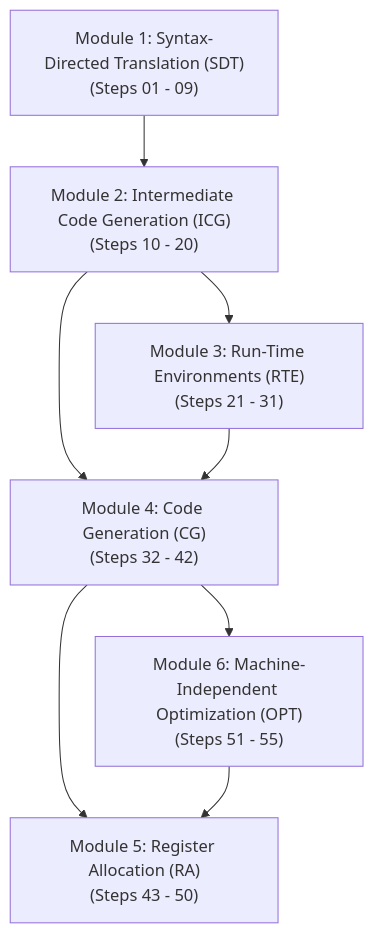
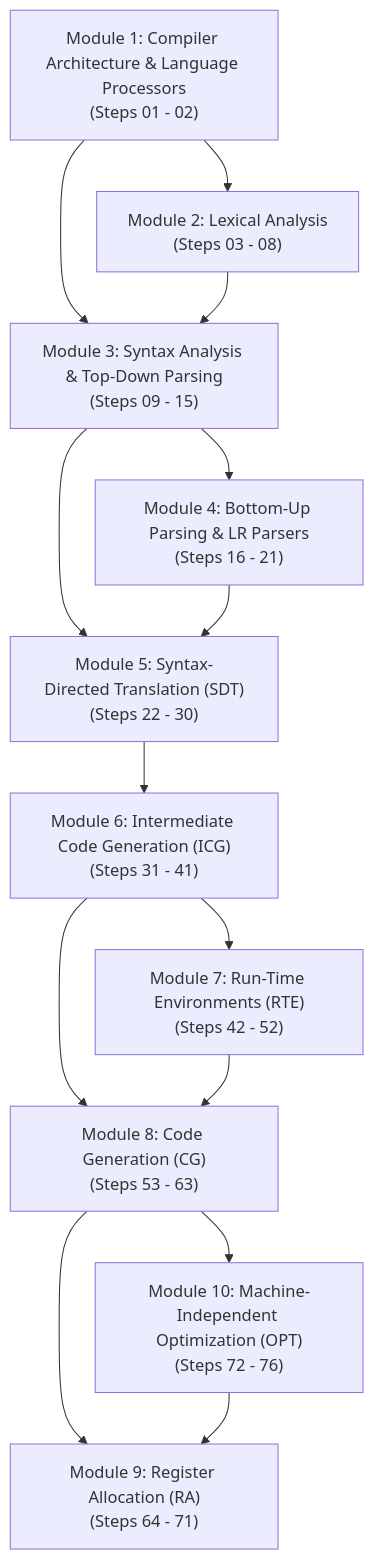
The first of 2 diagrams in cse309/03 - Maps/Dependency Map.md (crispychip146/Obsidian-Study-Vault), drawn with Mermaid before and after one commit. The commit also changed other lines of this file and 85 other files, not shown here.

````diff
--- a/cse309/03 - Maps/Dependency Map.md
+++ b/cse309/03 - Maps/Dependency Map.md
@@ -9,17 +9,27 @@
 ```mermaid
 flowchart TD
-    M1["Module 1: Syntax-Directed Translation (SDT)<br/>(Steps 01 - 09)"]
-    M2["Module 2: Intermediate Code Generation (ICG)<br/>(Steps 10 - 20)"]
-    M3["Module 3: Run-Time Environments (RTE)<br/>(Steps 21 - 31)"]
-    M4["Module 4: Code Generation (CG)<br/>(Steps 32 - 42)"]
-    M5["Module 5: Register Allocation (RA)<br/>(Steps 43 - 50)"]
-    M6["Module 6: Machine-Independent Optimization (OPT)<br/>(Steps 51 - 55)"]
+    M1["Module 1: Compiler Architecture & Language Processors<br/>(Steps 01 - 02)"]
+    M2["Module 2: Lexical Analysis<br/>(Steps 03 - 08)"]
+    M3["Module 3: Syntax Analysis & Top-Down Parsing<br/>(Steps 09 - 15)"]
+    M4["Module 4: Bottom-Up Parsing & LR Parsers<br/>(Steps 16 - 21)"]
+    M5["Module 5: Syntax-Directed Translation (SDT)<br/>(Steps 22 - 30)"]
+    M6["Module 6: Intermediate Code Generation (ICG)<br/>(Steps 31 - 41)"]
+    M7["Module 7: Run-Time Environments (RTE)<br/>(Steps 42 - 52)"]
+    M8["Module 8: Code Generation (CG)<br/>(Steps 53 - 63)"]
+    M9["Module 9: Register Allocation (RA)<br/>(Steps 64 - 71)"]
+    M10["Module 10: Machine-Independent Optimization (OPT)<br/>(Steps 72 - 76)"]
 
     M1 --> M2
+    M1 --> M3
     M2 --> M3
-    M2 --> M4
     M3 --> M4
+    M3 --> M5
     M4 --> M5
-    M4 --> M6
-    M6 --> M5
+    M5 --> M6
+    M6 --> M7
+    M6 --> M8
+    M7 --> M8
+    M8 --> M9
+    M8 --> M10
+    M10 --> M9
 ```
````
